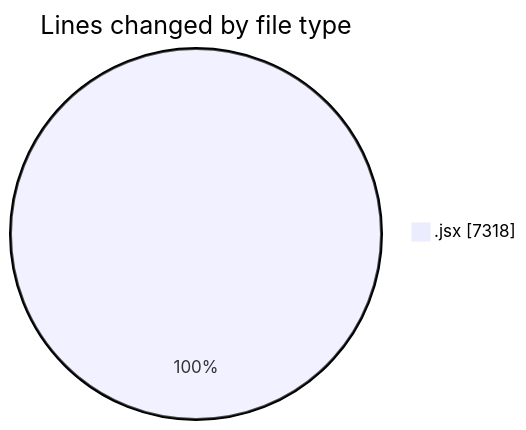
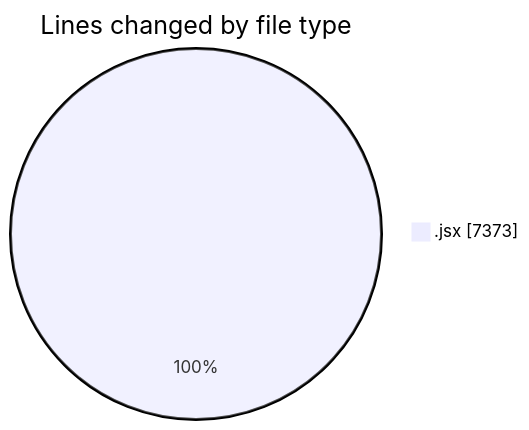
One commit to nxtqubesakshisongat/code-tracking changed the first of 2 diagrams in 2025-06-14/nxtqube_webapp/README.md. Above: the diagram before and after it, drawn with Mermaid. The commit also changed other lines of this file and 1 other file, not shown here.

````diff
--- a/2025-06-14/nxtqube_webapp/README.md
+++ b/2025-06-14/nxtqube_webapp/README.md
@@ -26,5 +26,5 @@
 ```mermaid
 pie showData
 title Lines changed by file type
-".jsx" : 7318
+".jsx" : 7373
 ```
````
